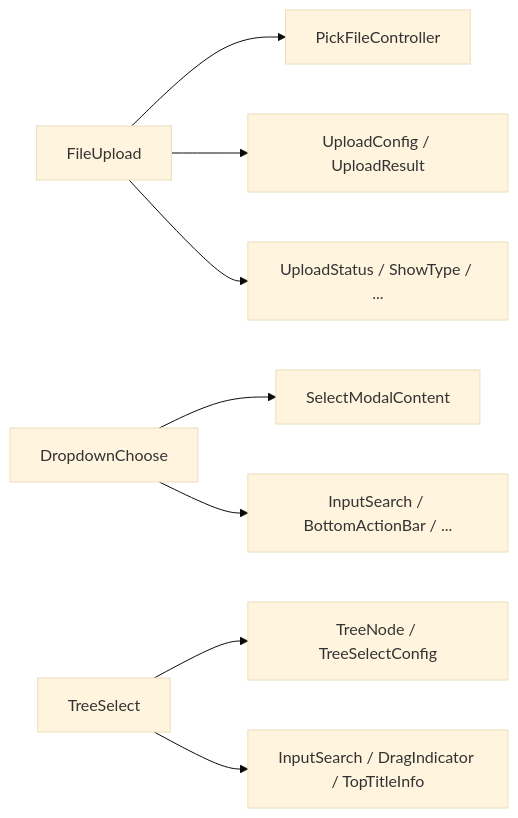
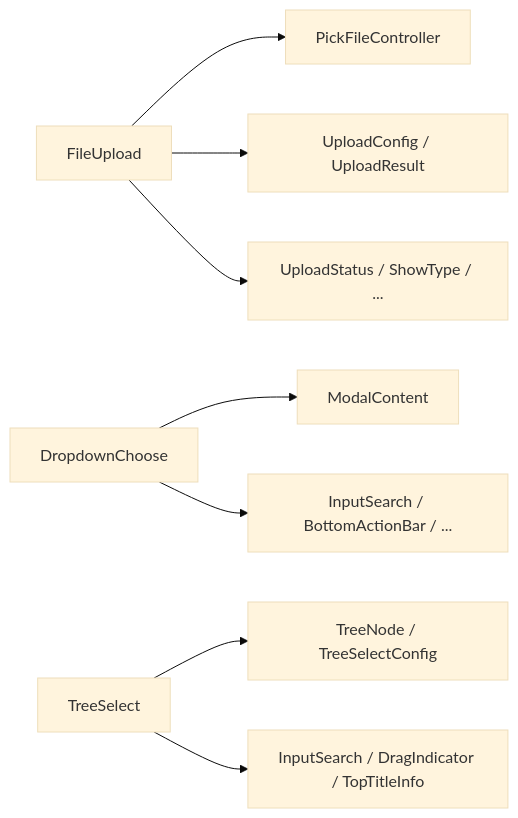
Before and after one commit to yuzhido/lite-ui: the eighth of 8 diagrams in .qoder/repowiki/zh/content/高级组件/高级组件.md, drawn with Mermaid (base theme). The commit also changed other lines of this file and 16 other files, not shown here.

````diff
--- a/.qoder/repowiki/zh/content/高级组件/高级组件.md
+++ b/.qoder/repowiki/zh/content/高级组件/高级组件.md
@@ -350,10 +372,10 @@
 ```mermaid
 graph LR
 FU["FileUpload"] --> PC["PickFileController"]
 FU --> UCfg["UploadConfig / UploadResult"]
 FU --> UEnum["UploadStatus / ShowType / ..."]
-DC["DropdownChoose"] --> SM["SelectModalContent"]
+DC["DropdownChoose"] --> SM["ModalContent"]
 DC --> Wgts["InputSearch / BottomActionBar / ..."]
 TS["TreeSelect"] --> TModel["TreeNode / TreeSelectConfig"]
 TS --> Wgts2["InputSearch / DragIndicator / TopTitleInfo"]
 ```
````
